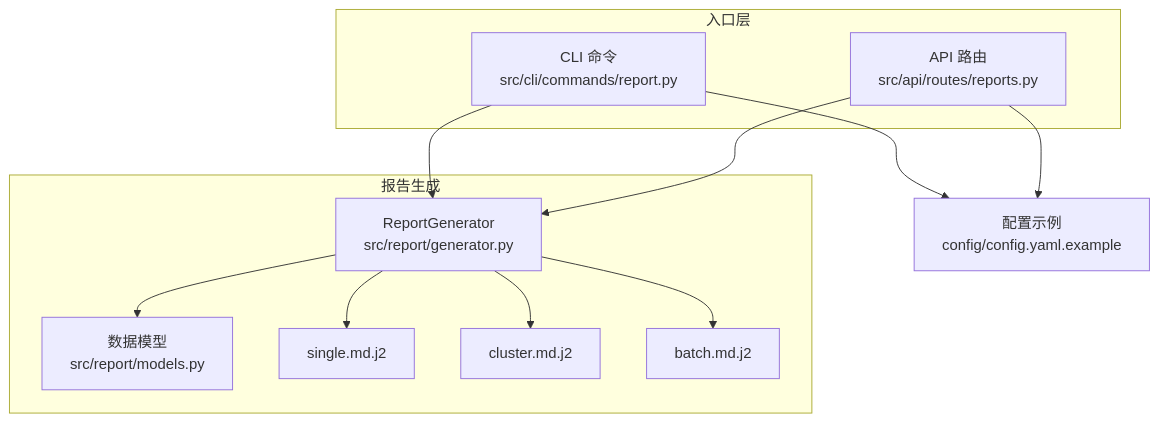
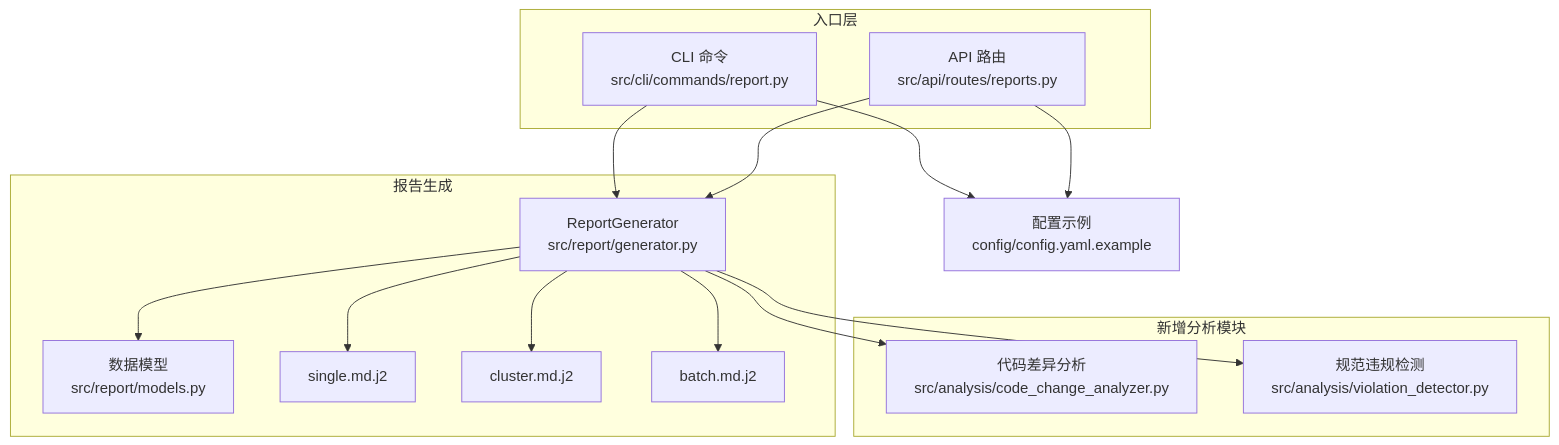
One commit to boyingliu01/fault-review-analyzer changed the first of 6 diagrams in .qoder/repowiki/zh/content/可视化系统/报告生成系统.md. Above: the diagram before and after it, drawn with Mermaid. The commit also changed other lines of this file and 125 other files, not shown here.

````diff
--- a/.qoder/repowiki/zh/content/可视化系统/报告生成系统.md
+++ b/.qoder/repowiki/zh/content/可视化系统/报告生成系统.md
@@ -34,23 +43,29 @@
 ```mermaid
 graph TB
 subgraph "报告生成"
 RG["ReportGenerator<br/>src/report/generator.py"]
 RM["数据模型<br/>src/report/models.py"]
 T1["single.md.j2"]
 T2["cluster.md.j2"]
 T3["batch.md.j2"]
+end
+subgraph "新增分析模块"
+CCA["代码差异分析<br/>src/analysis/code_change_analyzer.py"]
+VD["规范违规检测<br/>src/analysis/violation_detector.py"]
 end
 subgraph "入口层"
 CLI["CLI 命令<br/>src/cli/commands/report.py"]
 API["API 路由<br/>src/api/routes/reports.py"]
 end
 CFG["配置示例<br/>config/config.yaml.example"]
 CLI --> RG
 API --> RG
 RG --> RM
 RG --> T1
 RG --> T2
 RG --> T3
+RG --> CCA
+RG --> VD
 CLI --> CFG
 API --> CFG
 ```
````
